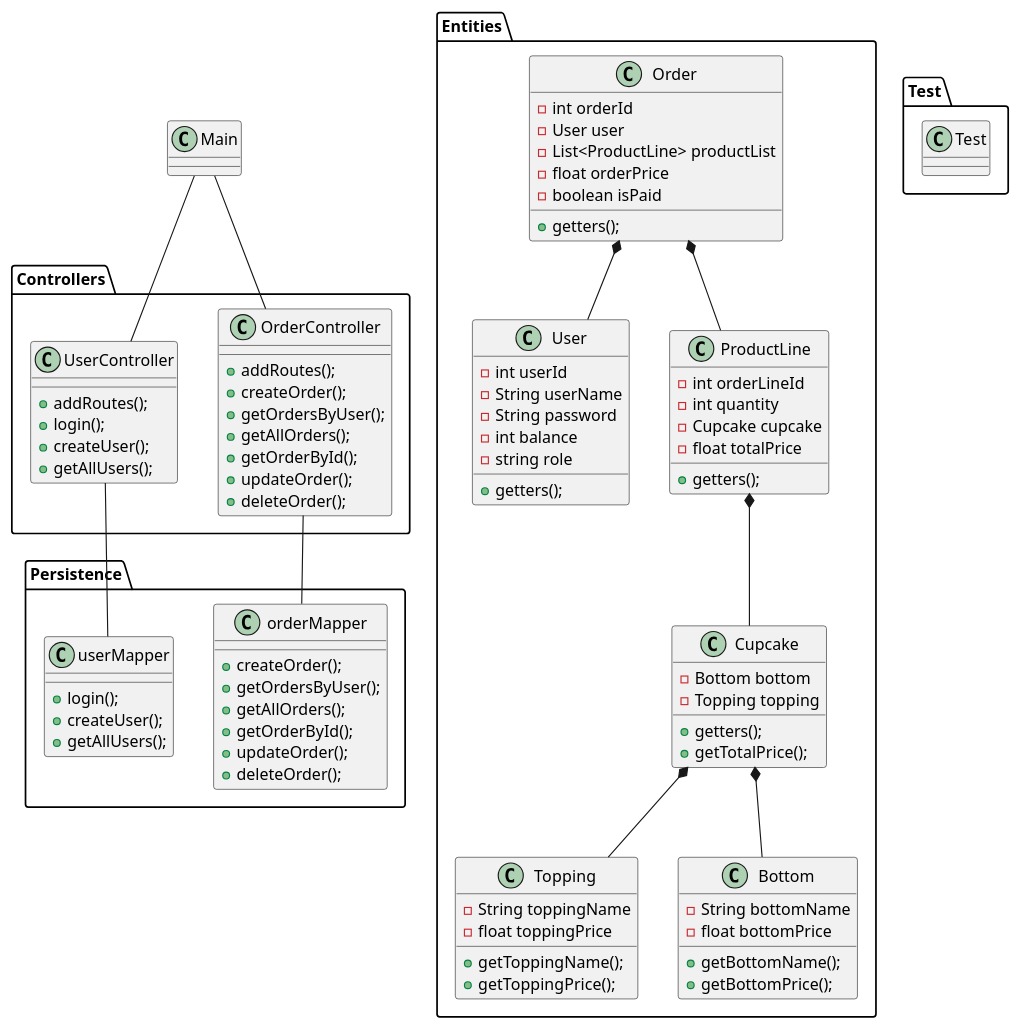
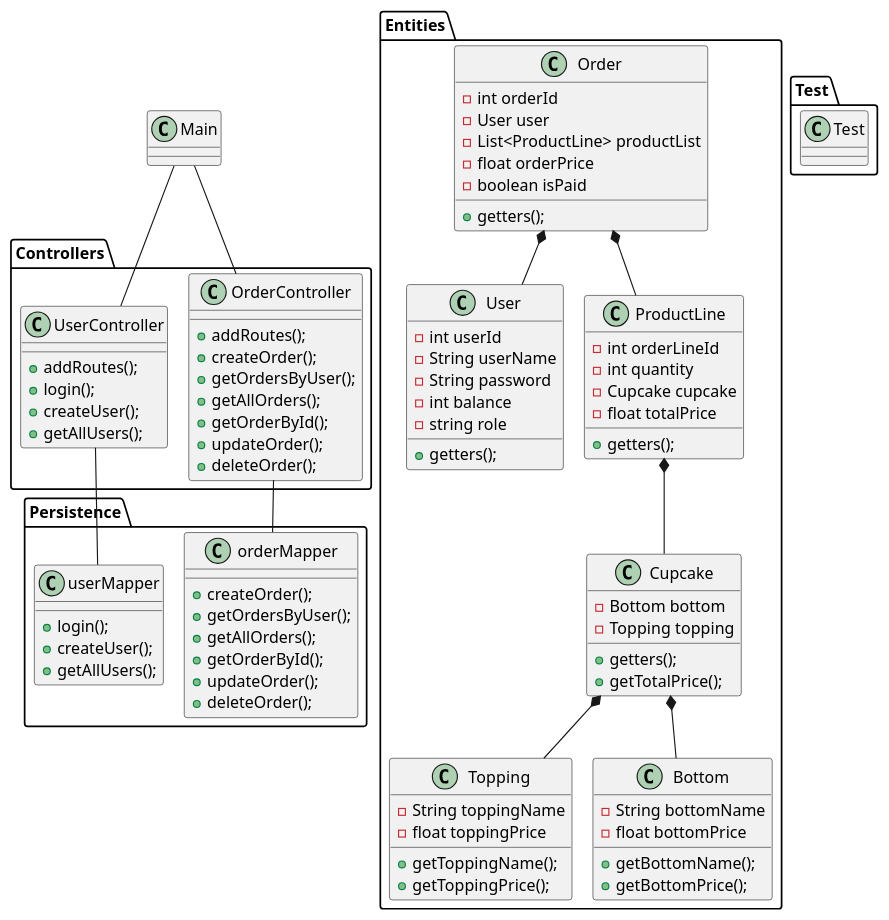
Before and after one commit to MojoOno/Cupcake: the diagram in Docs/ClassDiagram.puml, drawn with PlantUML. The commit also changed 1 other file, not shown here.

Commit message:
Added mac wizard code to classDiagram and made StateMachine diagram

```diff
--- a/Docs/ClassDiagram.puml
+++ b/Docs/ClassDiagram.puml
@@ -1,103 +1,103 @@
 @startuml
-
+!pragma Layout smetana
 
     class Main {
     }
 
 package "Entities" {
     class Cupcake {
     - Bottom bottom
     - Topping topping
     + getters();
     + getTotalPrice();
     }
 
     class Topping {
     - String toppingName
     - float toppingPrice
     + getToppingName();
     + getToppingPrice();
     }
 
     class Bottom {
     - String bottomName
     - float bottomPrice
     + getBottomName();
     + getBottomPrice();
     }
 
     class User {
     - int userId
     - String userName
     - String password
     - int balance
     - string role
     + getters();
     }
     class ProductLine {
     - int orderLineId
     - int quantity
     - Cupcake cupcake
     - float totalPrice
     + getters();
     }
 
     class Order {
     - int orderId
     - User user
     - List<ProductLine> productList
     - float orderPrice
     - boolean isPaid
     + getters();
     }
 }
 Cupcake *-- Topping
 Cupcake *-- Bottom
 
 package "Persistence" {
     class orderMapper {
     + createOrder();
     + getOrdersByUser();
     + getAllOrders();
     + getOrderById();
     + updateOrder();
     + deleteOrder();
     }
 class userMapper {
     + login();
     + createUser();
     + getAllUsers();
     }
 }
 Order *-- ProductLine
 Order *-- User
 ProductLine *-- Cupcake
 
 package "Controllers" {
     class UserController {
     + addRoutes();
     + login();
     + createUser();
     + getAllUsers();
     }
 
     class OrderController {
     + addRoutes();
     + createOrder();
     + getOrdersByUser();
     + getAllOrders();
     + getOrderById();
     + updateOrder();
     + deleteOrder();
     }
 }
 package "Test" {
     class Test {
     }
 }
 Main -- UserController
 Main -- OrderController
 UserController -- userMapper
 OrderController -- orderMapper
 
 @enduml
```
